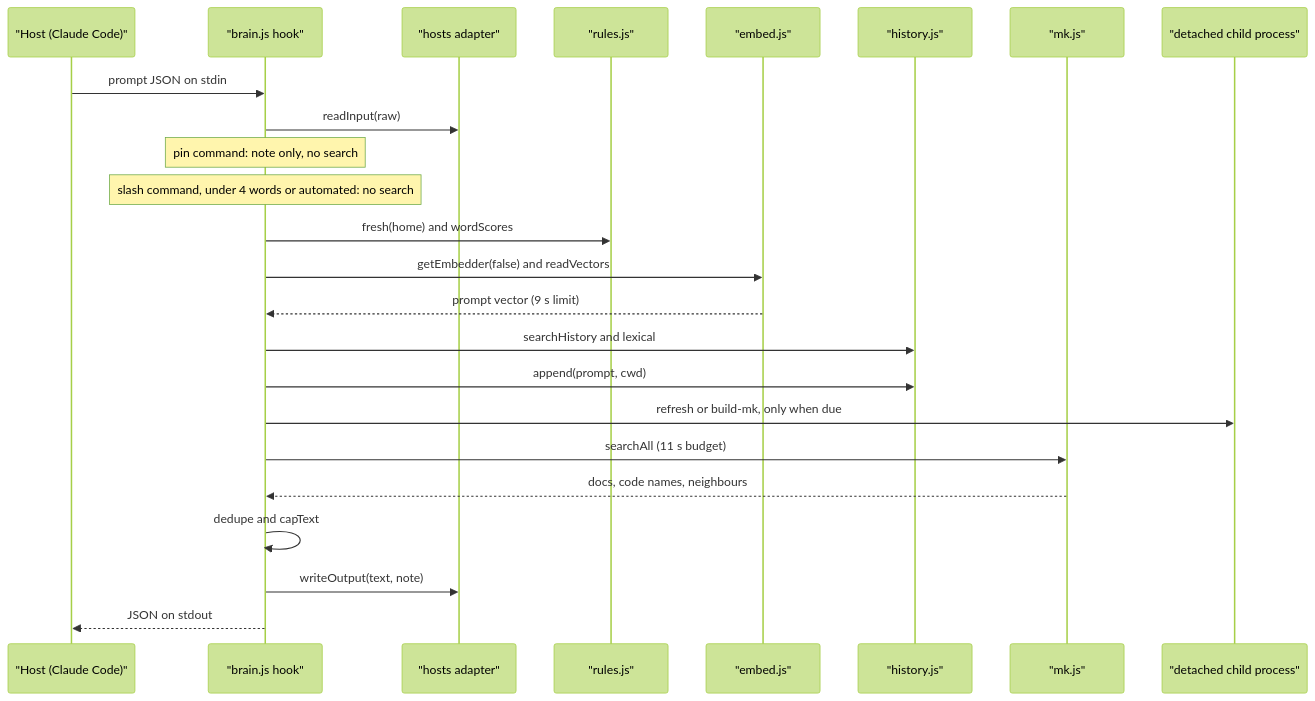
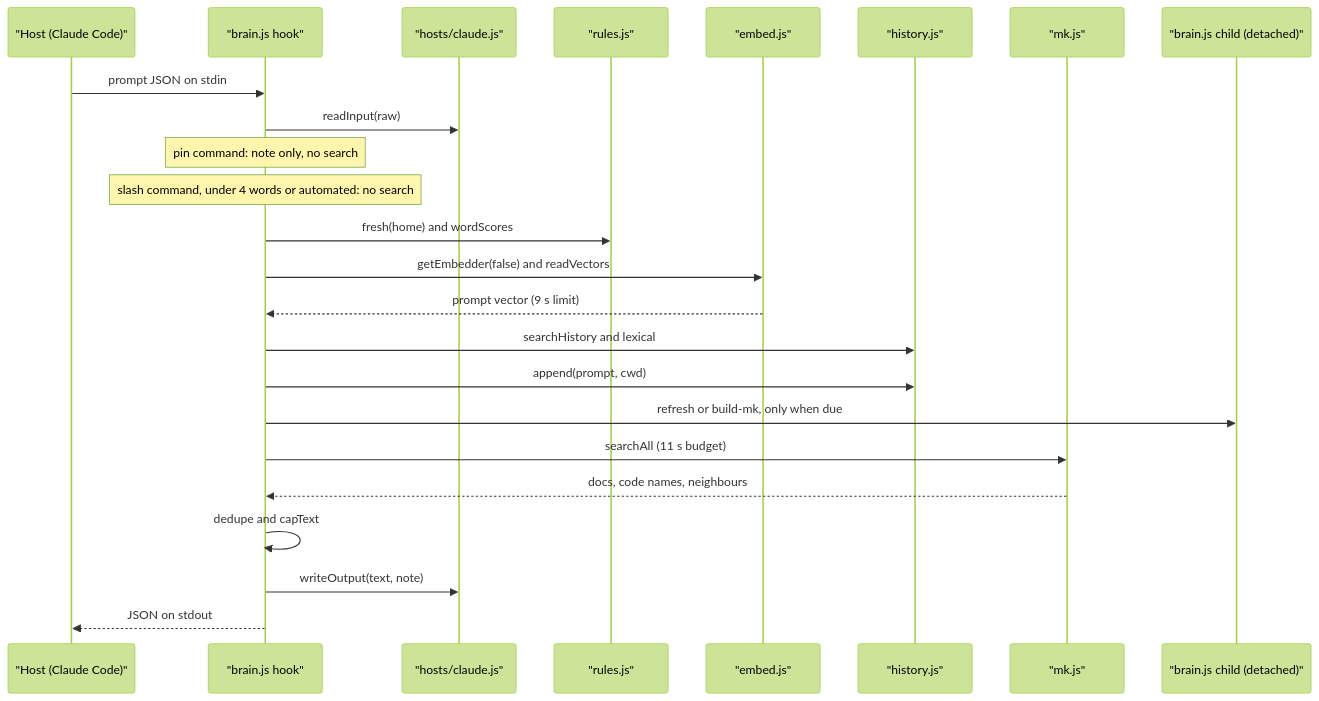
One commit to ThanhNVan/gabriel-plugin changed the second of 2 diagrams in repo-docs/technical/01-architecture.md. Above: the diagram before and after it, drawn with Mermaid (forest theme). The commit also changed 12 other files, not shown here.

````diff
--- a/repo-docs/technical/01-architecture.md
+++ b/repo-docs/technical/01-architecture.md
@@ -95,26 +95,26 @@
 ```mermaid
 sequenceDiagram
   participant Host as "Host (Claude Code)"
   participant B as "brain.js hook"
-  participant Ad as "hosts adapter"
+  participant Ad as "hosts/claude.js"
   participant R as "rules.js"
   participant E as "embed.js"
   participant HI as "history.js"
   participant M as "mk.js"
-  participant BG as "detached child process"
+  participant BG as "brain.js child (detached)"
   Host->>B: prompt JSON on stdin
   B->>Ad: readInput(raw)
   Note over B: pin command: note only, no search
   Note over B: slash command, under 4 words or automated: no search
   B->>R: fresh(home) and wordScores
   B->>E: getEmbedder(false) and readVectors
   E-->>B: prompt vector (9 s limit)
   B->>HI: searchHistory and lexical
   B->>HI: append(prompt, cwd)
   B->>BG: refresh or build-mk, only when due
   B->>M: searchAll (11 s budget)
   M-->>B: docs, code names, neighbours
   B->>B: dedupe and capText
   B->>Ad: writeOutput(text, note)
   B-->>Host: JSON on stdout
 ```
````
